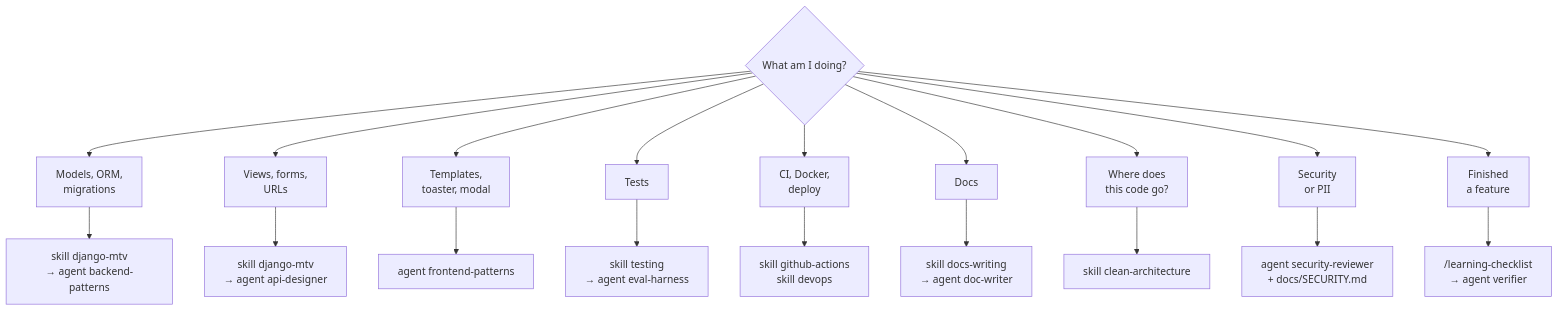
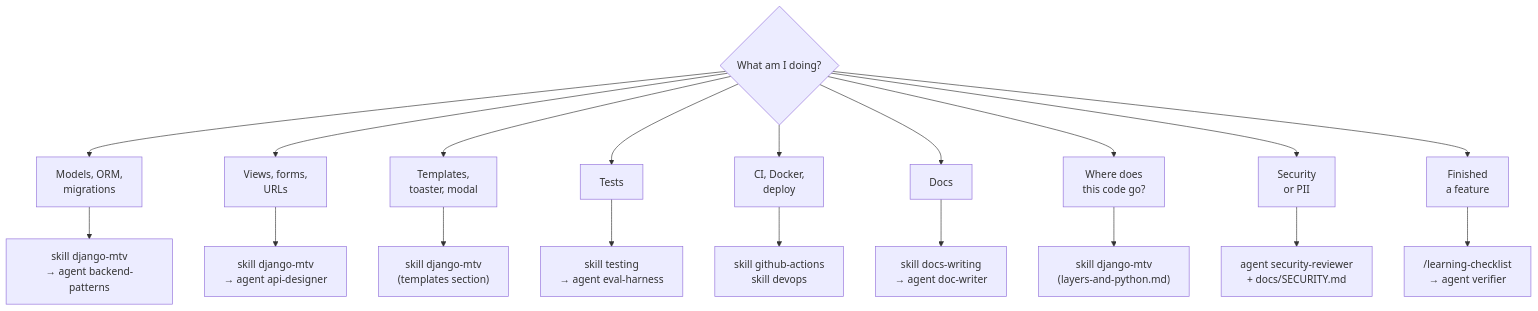
One commit to alopesmendes/pykaraoke changed the second of 3 diagrams in docs/AI-WORKFLOW.md. Above: the diagram before and after it, drawn with Mermaid. The commit also changed other lines of this file and 25 other files, not shown here.

````diff
--- a/docs/AI-WORKFLOW.md
+++ b/docs/AI-WORKFLOW.md
@@ -41,22 +41,22 @@
 ```mermaid
 flowchart TD
   Q{What am I doing?} --> M[Models, ORM,<br/>migrations]
   Q --> V[Views, forms,<br/>URLs]
   Q --> T[Templates,<br/>toaster, modal]
   Q --> TE[Tests]
   Q --> CI[CI, Docker,<br/>deploy]
   Q --> D[Docs]
   Q --> W[Where does<br/>this code go?]
   Q --> S[Security<br/>or PII]
   Q --> L[Finished<br/>a feature]
 
   M --> M1["skill django-mtv<br/>→ agent backend-patterns"]
   V --> V1["skill django-mtv<br/>→ agent api-designer"]
-  T --> T1["agent frontend-patterns"]
+  T --> T1["skill django-mtv<br/>(templates section)"]
   TE --> TE1["skill testing<br/>→ agent eval-harness"]
   CI --> CI1["skill github-actions<br/>skill devops"]
   D --> D1["skill docs-writing<br/>→ agent doc-writer"]
-  W --> W1["skill clean-architecture"]
+  W --> W1["skill django-mtv<br/>(layers-and-python.md)"]
   S --> S1["agent security-reviewer<br/>+ docs/SECURITY.md"]
   L --> L1["/learning-checklist<br/>→ agent verifier"]
 ```
````
